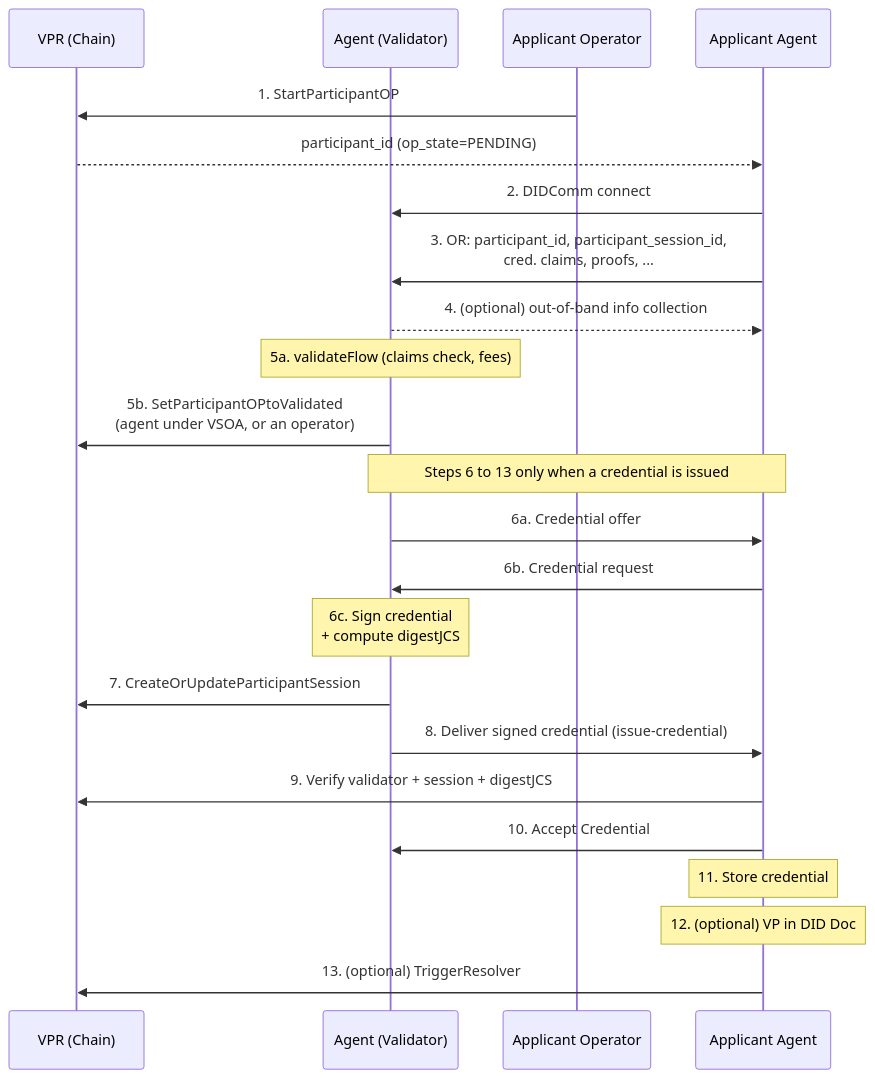
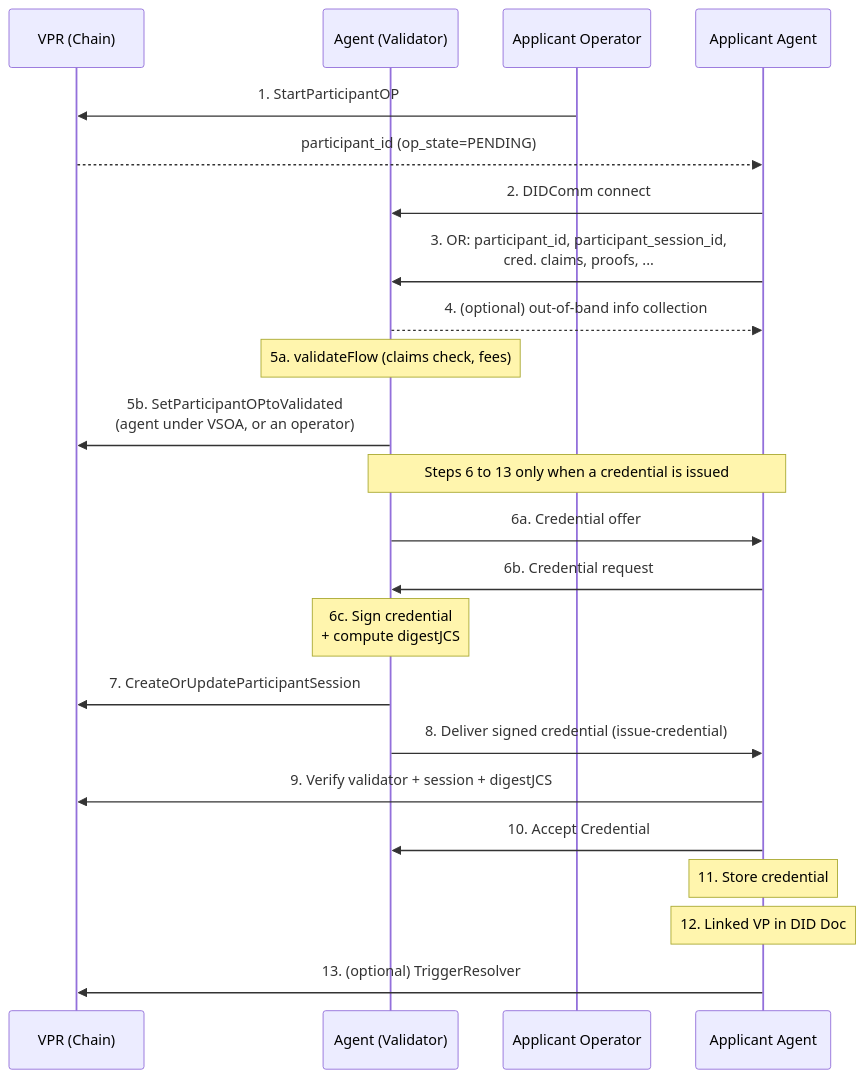
Before and after one commit to verana-labs/verana-spec: the fourth of 9 diagrams in v4/vs-agent/spec.md, drawn with Mermaid. The commit also changed other lines of this file and 1 other file, not shown here.

First line of the commit message:
fix(vs-agent, vt-flow): flows issue W3C VTCs only, always published as a linked VP

````diff
--- a/v4/vs-agent/spec.md
+++ b/v4/vs-agent/spec.md
@@ -628,27 +630,27 @@
 ```mermaid
 sequenceDiagram
 
     participant VPR as VPR (Chain)
     participant Validator as Agent (Validator)
 
     Applicant Operator->>VPR: 1. StartParticipantOP
     VPR-->>Applicant Agent: participant_id (op_state=PENDING)
     Applicant Agent->>Validator: 2. DIDComm connect
     Applicant Agent->>Validator: 3. OR: participant_id, participant_session_id,<br/>cred. claims, proofs, ...
     Validator-->>Applicant Agent: 4. (optional) out-of-band info collection
     Note over Validator: 5a. validateFlow (claims check, fees)
     Validator->>VPR: 5b. SetParticipantOPtoValidated<br/>(agent under VSOA, or an operator)
 
     Note over Applicant Agent,Validator: Steps 6 to 13 only when a credential is issued
 
     Validator->>Applicant Agent: 6a. Credential offer
     Applicant Agent->>Validator: 6b. Credential request
     Note over Validator: 6c. Sign credential<br/>+ compute digestJCS
     Validator->>VPR: 7. CreateOrUpdateParticipantSession
     Validator->>Applicant Agent: 8. Deliver signed credential (issue-credential)
     Applicant Agent->>VPR: 9. Verify validator + session + digestJCS
     Applicant Agent->>Validator: 10. Accept Credential
     Note over Applicant Agent: 11. Store credential
-    Note over Applicant Agent: 12. (optional) VP in DID Doc
+    Note over Applicant Agent: 12. Linked VP in DID Doc
     Applicant Agent->>VPR: 13. (optional) TriggerResolver
 ```
````
